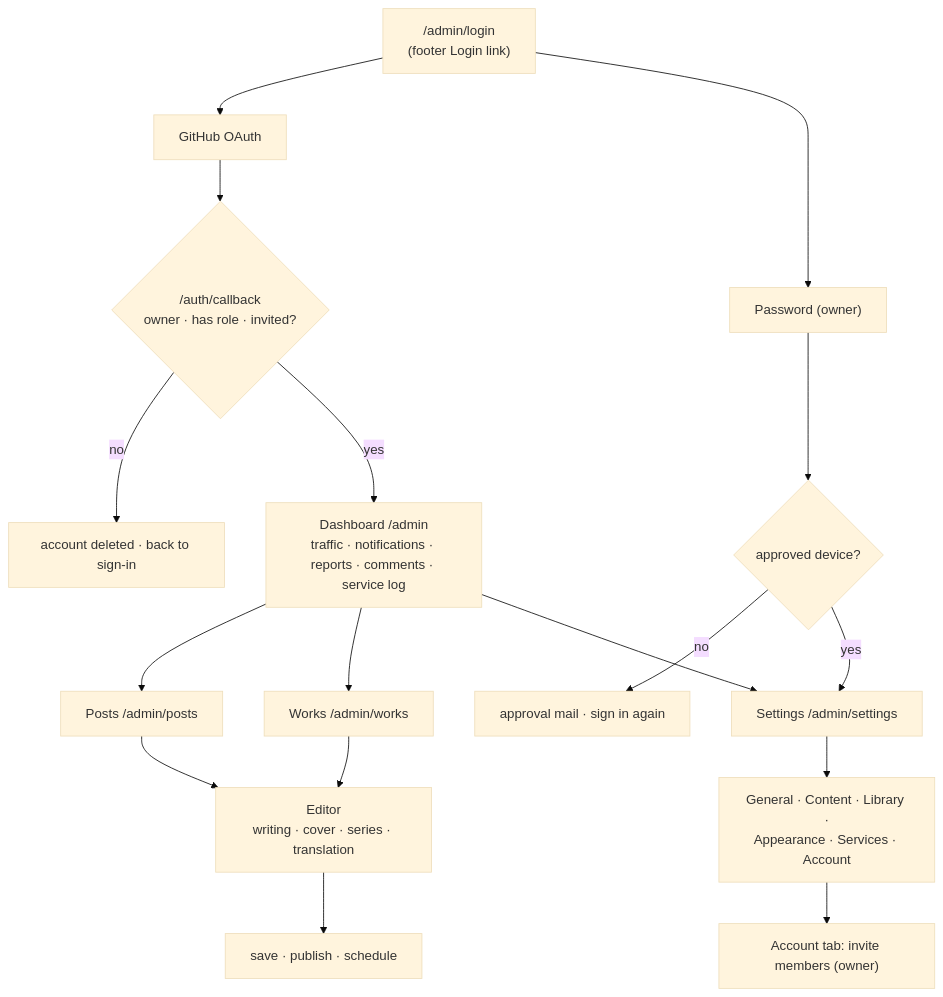
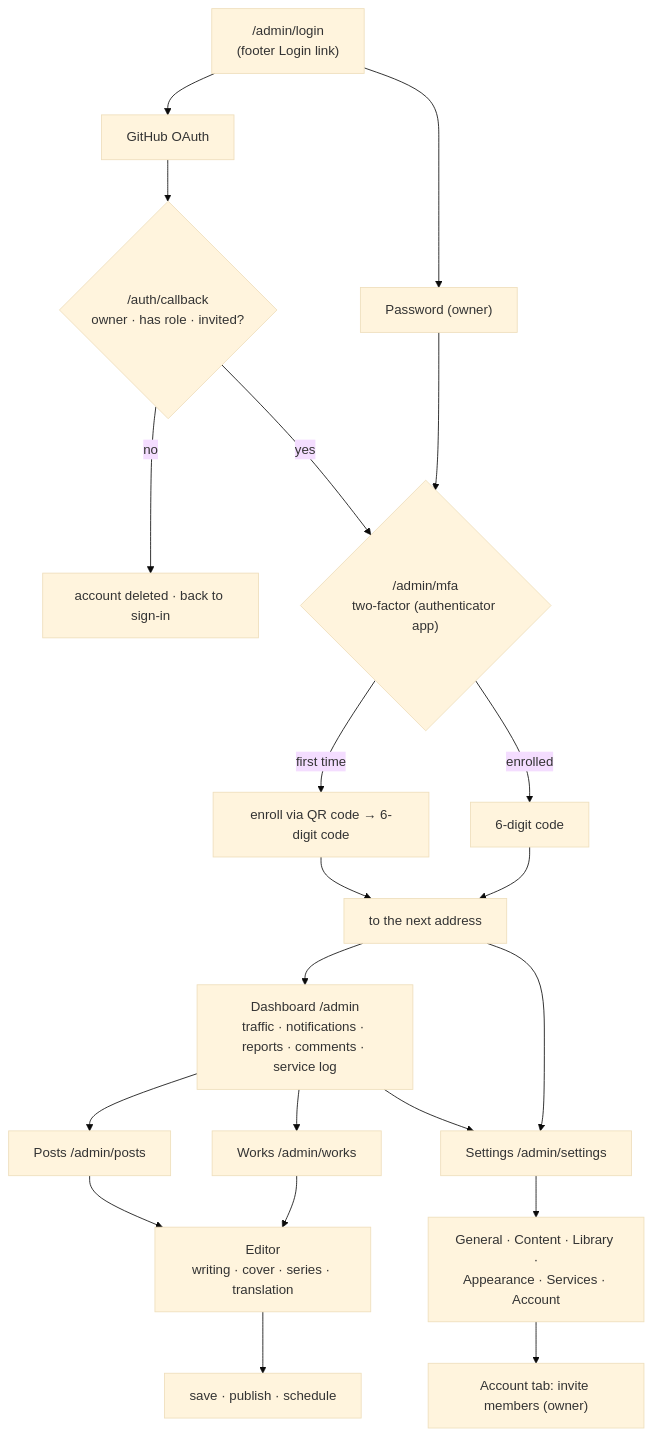
The second of 2 diagrams in docs/en/user-flow.md (hyeoniverse/web-portfolio-hyeoniverse), drawn with Mermaid (base theme) before and after one commit. The commit also changed other lines of this file and 18 other files, not shown here.

````diff
--- a/docs/en/user-flow.md
+++ b/docs/en/user-flow.md
@@ -31,20 +31,24 @@
 ```mermaid
 flowchart TD
   login["/admin/login<br/>(footer Login link)"] --> gh["GitHub OAuth"]
   login --> pw["Password (owner)"]
   gh --> cb{"/auth/callback<br/>owner · has role · invited?"}
   cb -->|no| deny["account deleted · back to sign-in"]
-  cb -->|yes| dash
-  pw --> dev{"approved device?"}
-  dev -->|no| mail["approval mail · sign in again"]
-  dev -->|yes| settings
+  cb -->|yes| mfa
+  pw --> mfa{"/admin/mfa<br/>two-factor (authenticator app)"}
+  mfa -->|"first time"| enroll["enroll via QR code → 6-digit code"]
+  mfa -->|"enrolled"| code["6-digit code"]
+  enroll --> next["to the next address"]
+  code --> next
+  next --> dash
+  next --> settings
   dash["Dashboard /admin<br/>traffic · notifications · reports · comments · service log"]
   dash --> plist["Posts /admin/posts"]
   dash --> wlist["Works /admin/works"]
   dash --> settings["Settings /admin/settings"]
   plist --> editor["Editor<br/>writing · cover · series · translation"]
   wlist --> editor
   editor --> publish["save · publish · schedule"]
   settings --> tabs["General · Content · Library ·<br/>Appearance · Services · Account"]
   tabs --> invite["Account tab: invite members (owner)"]
 ```
````
